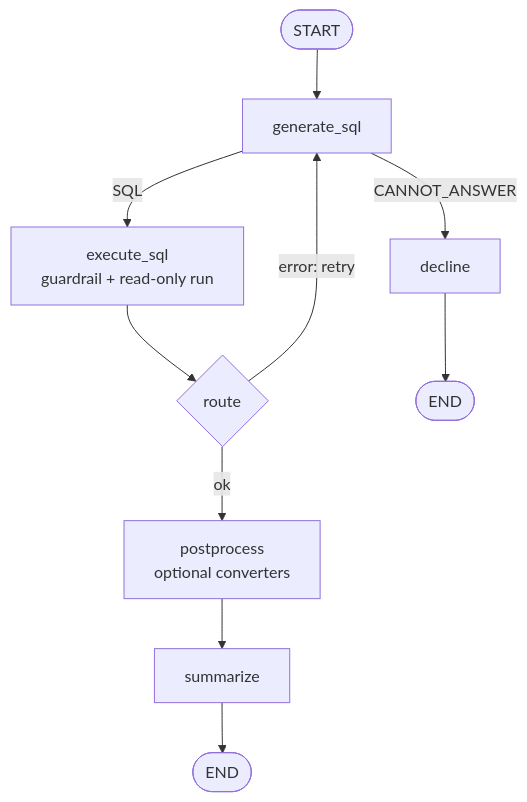
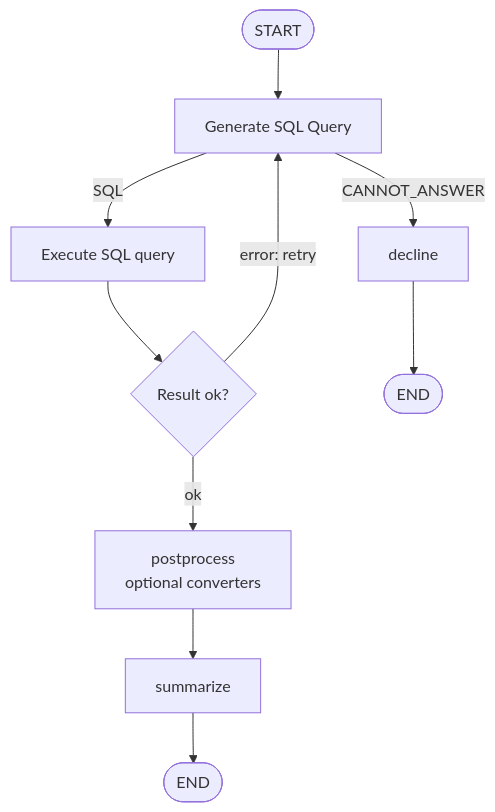
Before and after one commit to Lzwk16/text-to-sql: the second of 2 diagrams in README.md, drawn with Mermaid. The commit also changed other lines of this file and 5 other files, not shown here.

````diff
--- a/README.md
+++ b/README.md
@@ -29,12 +29,12 @@
 ```mermaid
 flowchart TD
-    START([START]) --> GEN["generate_sql"]
+    START([START]) --> GEN["Generate SQL Query"]
     GEN -->|"CANNOT_ANSWER"| DEC["decline"]
-    GEN -->|"SQL"| EXE["execute_sql<br/>guardrail + read-only run"]
-    EXE --> RT{"route"}
+    GEN -->|"SQL"| EXE["Execute SQL query"]
+    EXE --> RT{"Result ok?"}
     RT -->|"error: retry"| GEN
     RT -->|"ok"| PP["postprocess<br/>optional converters"]
     PP --> SUM["summarize"]
     SUM --> END1([END])
     DEC --> END2([END])
 ```
````
